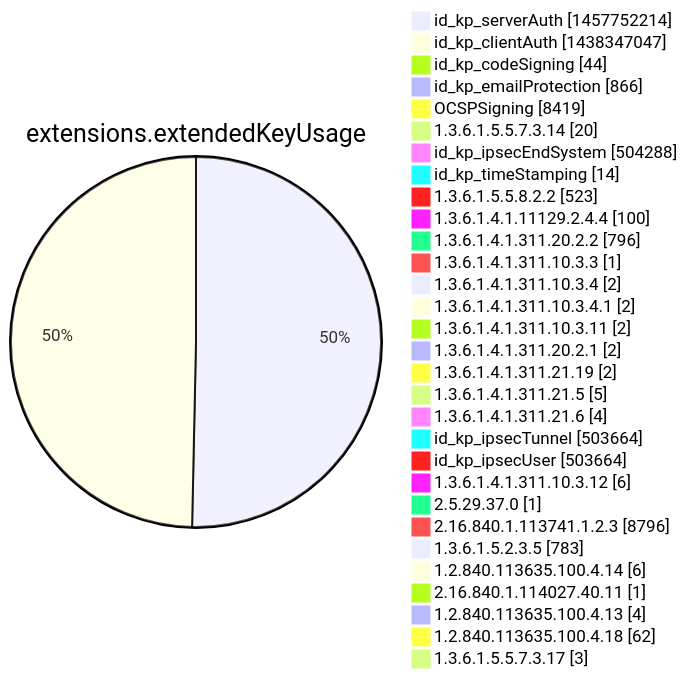
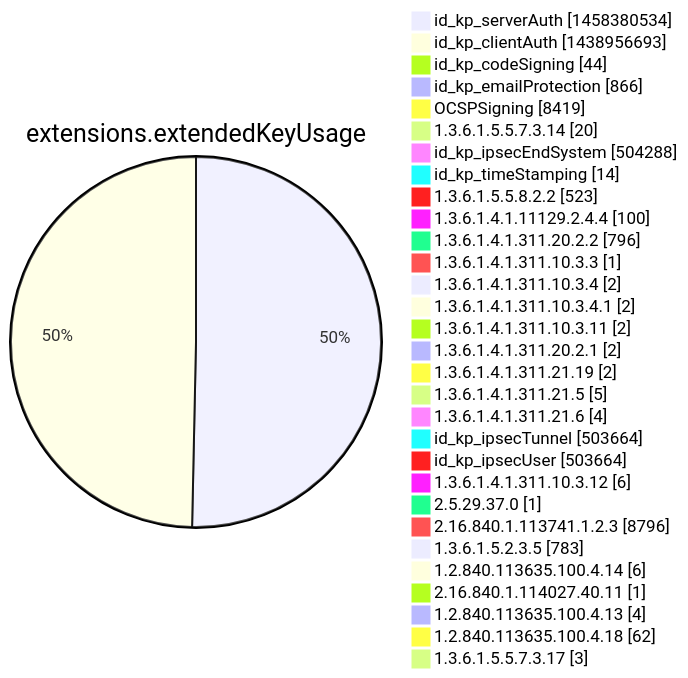
Diagram 12 of 15 in argon2022/README.md (christiankrug/ctmonitor_visualization), drawn with Mermaid before and after one commit. The commit also changed other lines of this file, not shown here.

````diff
--- a/argon2022/README.md
+++ b/argon2022/README.md
@@ -3555,34 +3555,34 @@
 ```mermaid
 pie showData
 title extensions.extendedKeyUsage
-"id_kp_serverAuth" :1457752214
-"id_kp_clientAuth" :1438347047
+"id_kp_serverAuth" :1458380534
+"id_kp_clientAuth" :1438956693
 "id_kp_codeSigning" :44
 "id_kp_emailProtection" :866
 "OCSPSigning" :8419
 "1.3.6.1.5.5.7.3.14" :20
 "id_kp_ipsecEndSystem" :504288
 "id_kp_timeStamping" :14
 "1.3.6.1.5.5.8.2.2" :523
 "1.3.6.1.4.1.11129.2.4.4" :100
 "1.3.6.1.4.1.311.20.2.2" :796
 "1.3.6.1.4.1.311.10.3.3" :1
 "1.3.6.1.4.1.311.10.3.4" :2
 "1.3.6.1.4.1.311.10.3.4.1" :2
 "1.3.6.1.4.1.311.10.3.11" :2
 "1.3.6.1.4.1.311.20.2.1" :2
 "1.3.6.1.4.1.311.21.19" :2
 "1.3.6.1.4.1.311.21.5" :5
 "1.3.6.1.4.1.311.21.6" :4
 "id_kp_ipsecTunnel" :503664
 "id_kp_ipsecUser" :503664
 "1.3.6.1.4.1.311.10.3.12" :6
 "2.5.29.37.0" :1
 "2.16.840.1.113741.1.2.3" :8796
 "1.3.6.1.5.2.3.5" :783
 "1.2.840.113635.100.4.14" :6
 "2.16.840.1.114027.40.11" :1
 "1.2.840.113635.100.4.13" :4
 "1.2.840.113635.100.4.18" :62
 "1.3.6.1.5.5.7.3.17" :3
 ```
````
